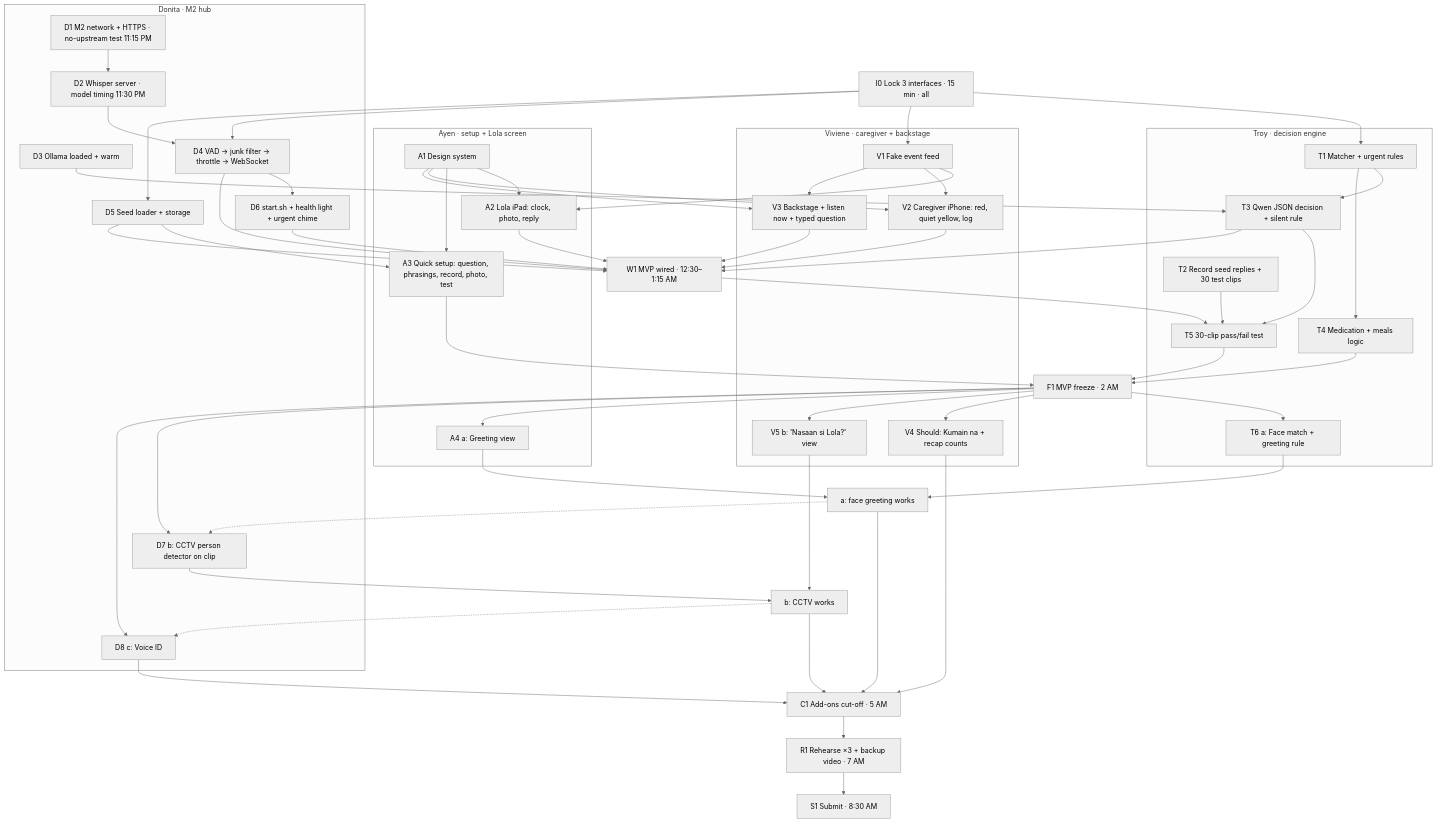
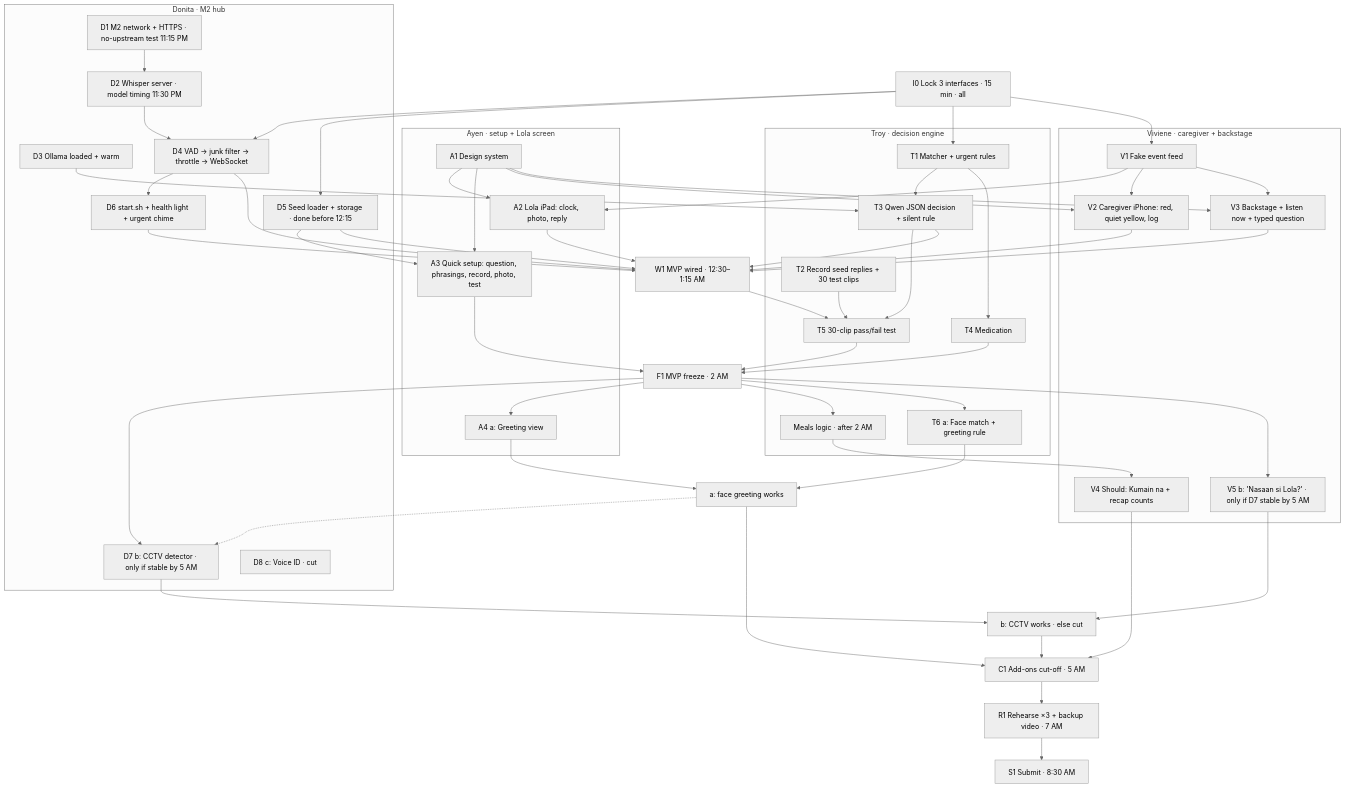
Before and after one commit to Troy-LL/appsolutely: the diagram in docs/sino/task-graph.mmd, drawn with Mermaid (neutral theme). The commit also changed 4 other files, not shown here.

```diff
--- a/docs/sino/task-graph.mmd
+++ b/docs/sino/task-graph.mmd
@@ -1,59 +1,58 @@
 %% Sino task graph, 10:30 PM plan rev 2. Rendered version: task-graph.png. Plan details: mvp-plan.md
 flowchart TD
   I0[I0 Lock 3 interfaces · 15 min · all]
 
   subgraph Troy["Troy · decision engine"]
     T1[T1 Matcher + urgent rules]
     T2[T2 Record seed replies + 30 test clips]
     T3[T3 Qwen JSON decision + silent rule]
-    T4[T4 Medication + meals logic]
+    T4[T4 Medication]
+    T4m[Meals logic · after 2 AM]
     T5[T5 30-clip pass/fail test]
     T6[T6 a: Face match + greeting rule]
   end
   subgraph Donita["Donita · M2 hub"]
     D1[D1 M2 network + HTTPS · no-upstream test 11:15 PM]
     D2[D2 Whisper server · model timing 11:30 PM]
     D3[D3 Ollama loaded + warm]
     D4[D4 VAD → junk filter → throttle → WebSocket]
-    D5[D5 Seed loader + storage]
+    D5[D5 Seed loader + storage · done before 12:15]
     D6[D6 start.sh + health light + urgent chime]
-    D7[D7 b: CCTV person detector on clip]
-    D8[D8 c: Voice ID]
+    D7[D7 b: CCTV detector · only if stable by 5 AM]
+    D8[D8 c: Voice ID · cut]
   end
   subgraph Ayen["Ayen · setup + Lola screen"]
     A1[A1 Design system]
     A2[A2 Lola iPad: clock, photo, reply]
     A3[A3 Quick setup: question, phrasings, record, photo, test]
     A4[A4 a: Greeting view]
   end
   subgraph Viv["Viviene · caregiver + backstage"]
     V1[V1 Fake event feed]
     V2[V2 Caregiver iPhone: red, quiet yellow, log]
     V3[V3 Backstage + listen now + typed question]
     V4[V4 Should: Kumain na + recap counts]
-    V5[V5 b: 'Nasaan si Lola?' view]
+    V5[V5 b: 'Nasaan si Lola?' · only if D7 stable by 5 AM]
   end
 
   I0 --> T1 & D4 & D5 & V1
   T1 --> T3 --> T5
   T1 --> T4
   T2 --> T5
   D3 --> T3
   D1 --> D2 --> D4 --> D6
   A1 --> A2 & A3 & V2 & V3
   V1 --> A2 & V2 & V3
   D5 --> A3
   D4 & D5 & D6 & T3 & A2 & V2 & V3 --> W[W1 MVP wired · 12:30–1:15 AM]
   W --> T5 --> F[F1 MVP freeze · 2 AM]
   T4 & A3 --> F
-  F --> V4
+  F --> T4m --> V4
   F --> T6 & A4
   T6 & A4 --> XA[a: face greeting works]
   XA -.-> D7
   F --> D7 & V5
-  D7 & V5 --> XB[b: CCTV works]
-  XB -.-> D8
-  F --> D8
-  XA & XB & D8 & V4 --> C[C1 Add-ons cut-off · 5 AM]
+  D7 & V5 --> XB[b: CCTV works · else cut]
+  XA & XB & V4 --> C[C1 Add-ons cut-off · 5 AM]
   C --> R[R1 Rehearse ×3 + backup video · 7 AM]
   R --> S[S1 Submit · 8:30 AM]
```
